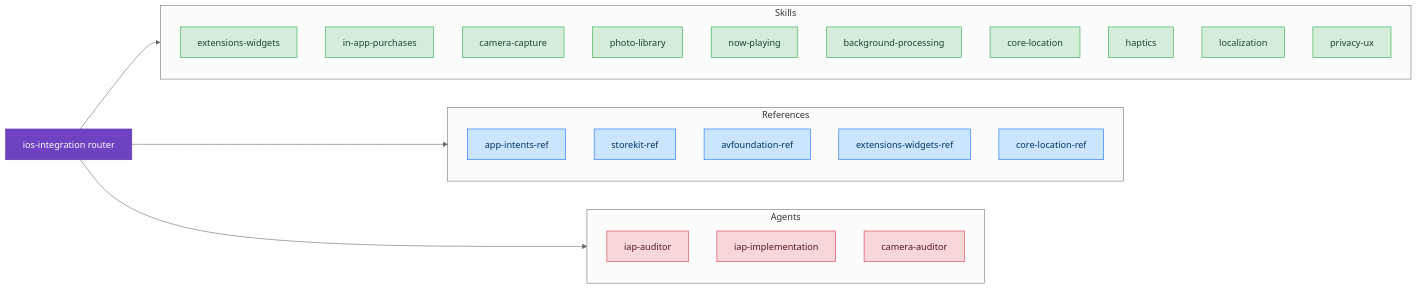
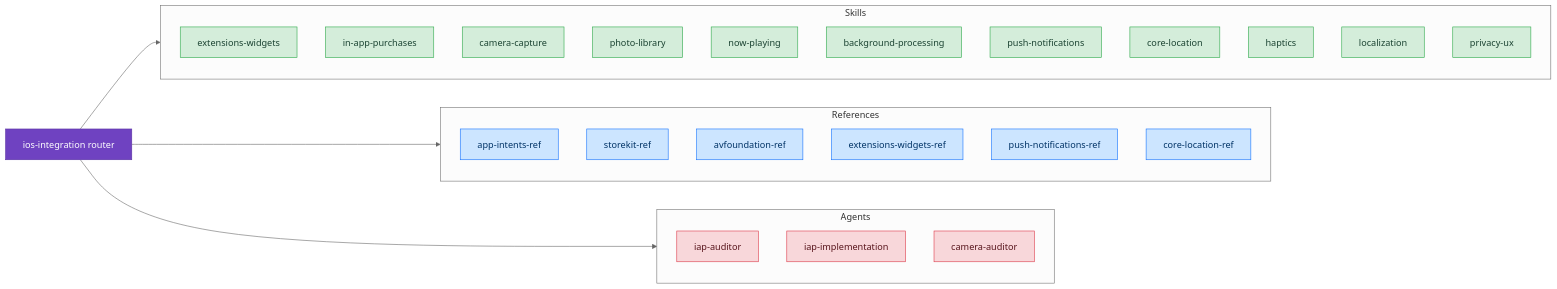
Before and after one commit to CharlesWiltgen/Axiom: the diagram in docs/skills/integration/index.md, drawn with Mermaid (neutral theme). The commit also changed other lines of this file and 4 other files, not shown here.

Commit message:
docs: add push notifications documentation pages

````diff
--- a/docs/skills/integration/index.md
+++ b/docs/skills/integration/index.md
@@ -5,40 +5,42 @@
 ```mermaid
 flowchart LR
     classDef router fill:#6f42c1,stroke:#5a32a3,color:#fff
     classDef discipline fill:#d4edda,stroke:#28a745,color:#1b4332
     classDef reference fill:#cce5ff,stroke:#0d6efd,color:#003366
     classDef diagnostic fill:#fff3cd,stroke:#ffc107,color:#664d03
     classDef agent fill:#f8d7da,stroke:#dc3545,color:#58151c
 
     axiom_ios_integration["ios-integration router"]:::router
 
     subgraph skills_d["Skills"]
         extensions_widgets["extensions-widgets"]:::discipline
         in_app_purchases["in-app-purchases"]:::discipline
         camera_capture["camera-capture"]:::discipline
         photo_library["photo-library"]:::discipline
         now_playing["now-playing"]:::discipline
         background_processing["background-processing"]:::discipline
+        push_notifications["push-notifications"]:::discipline
         core_location["core-location"]:::discipline
         haptics["haptics"]:::discipline
         localization["localization"]:::discipline
         privacy_ux["privacy-ux"]:::discipline
     end
     axiom_ios_integration --> skills_d
 
     subgraph skills_r["References"]
         app_intents_ref["app-intents-ref"]:::reference
         storekit_ref["storekit-ref"]:::reference
         avfoundation_ref["avfoundation-ref"]:::reference
         extensions_widgets_ref["extensions-widgets-ref"]:::reference
+        push_notifications_ref["push-notifications-ref"]:::reference
         core_location_ref["core-location-ref"]:::reference
     end
     axiom_ios_integration --> skills_r
 
     subgraph agents_sg["Agents"]
         agent_iap["iap-auditor"]:::agent
         agent_iapi["iap-implementation"]:::agent
         agent_cam["camera-auditor"]:::agent
     end
     axiom_ios_integration --> agents_sg
 ```
````
